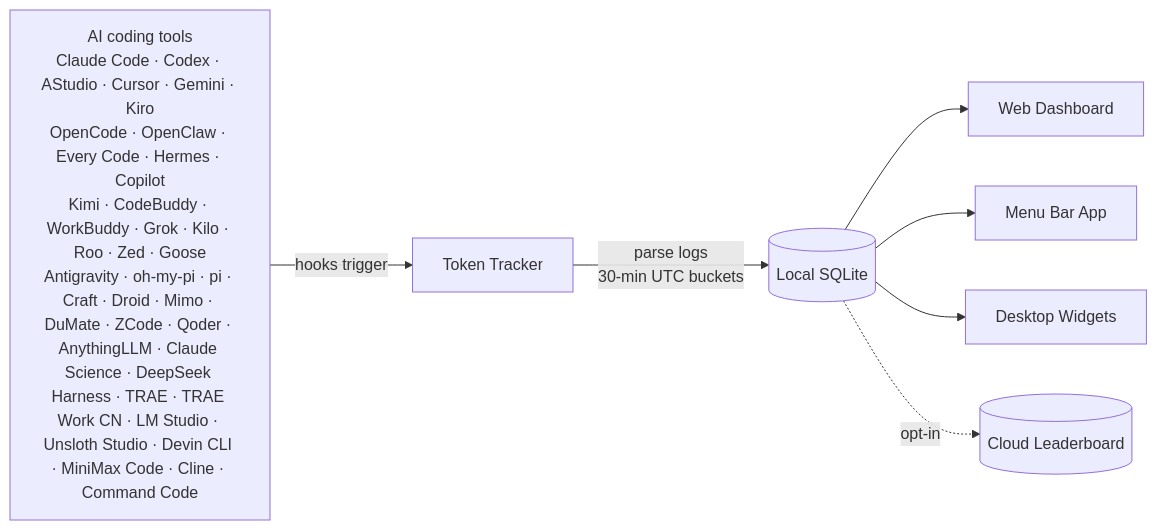
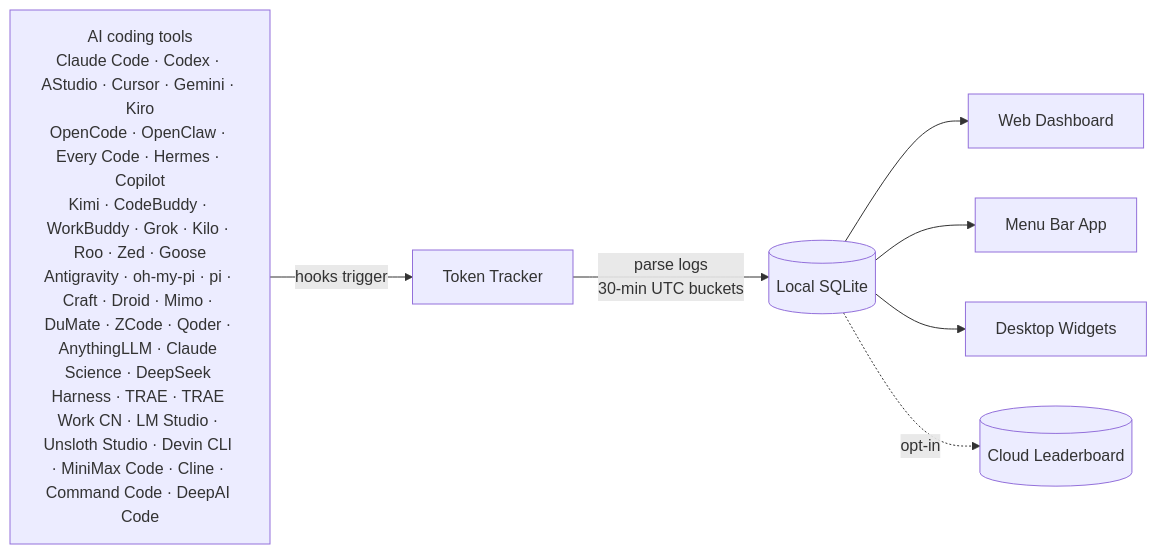
One commit to xiufengsun/TokenTracker changed the diagram in README.ja.md. Above: the diagram before and after it, drawn with Mermaid. The commit also changed other lines of this file and 14 other files, not shown here.

````diff
--- a/README.ja.md
+++ b/README.ja.md
@@ -250,10 +251,10 @@
 ```mermaid
 flowchart LR
-    A["AI coding tools<br/>Claude Code · Codex · AStudio · Cursor · Gemini · Kiro<br/>OpenCode · OpenClaw · Every Code · Hermes · Copilot<br/>Kimi · CodeBuddy · WorkBuddy · Grok · Kilo · Roo · Zed · Goose<br/>Antigravity · oh-my-pi · pi · Craft · Droid · Mimo · DuMate · ZCode · Qoder · AnythingLLM · Claude Science · DeepSeek Harness · TRAE · TRAE Work CN · LM Studio · Unsloth Studio · Devin CLI · MiniMax Code · Cline · Command Code"]
+    A["AI coding tools<br/>Claude Code · Codex · AStudio · Cursor · Gemini · Kiro<br/>OpenCode · OpenClaw · Every Code · Hermes · Copilot<br/>Kimi · CodeBuddy · WorkBuddy · Grok · Kilo · Roo · Zed · Goose<br/>Antigravity · oh-my-pi · pi · Craft · Droid · Mimo · DuMate · ZCode · Qoder · AnythingLLM · Claude Science · DeepSeek Harness · TRAE · TRAE Work CN · LM Studio · Unsloth Studio · Devin CLI · MiniMax Code · Cline · Command Code · DeepAI Code"]
     A -->|hooks trigger| B[Token Tracker]
     B -->|parse logs<br/>30-min UTC buckets| C[(Local SQLite)]
     C --> D[Web Dashboard]
     C --> E[Menu Bar App]
     C --> F[Desktop Widgets]
     C -.->|opt-in| G[(Cloud Leaderboard)]
 ```
````
